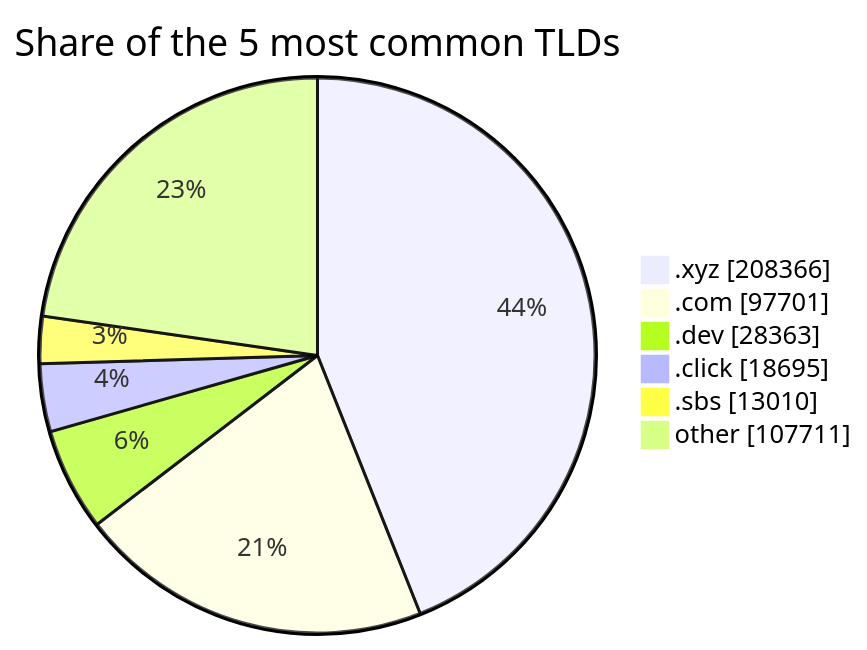
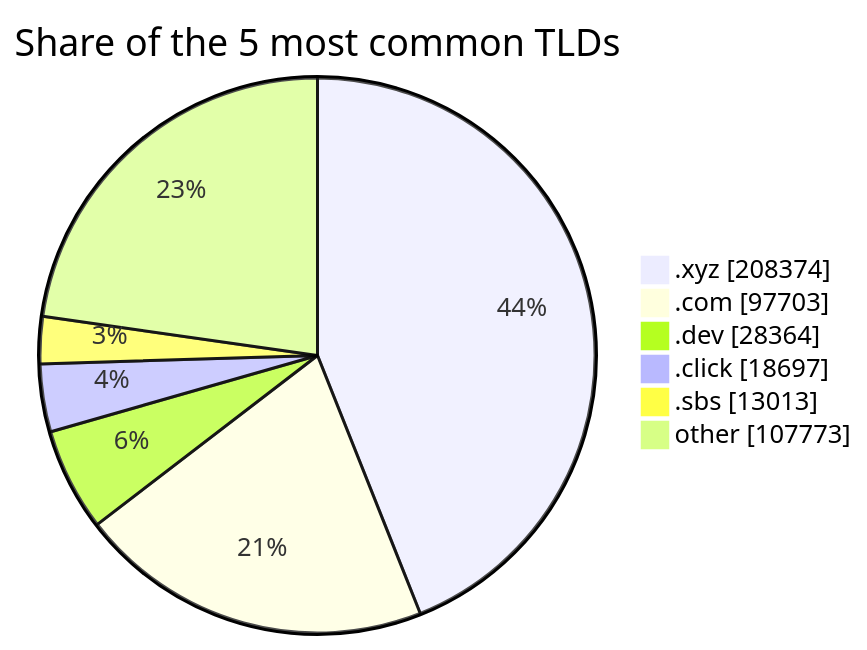
Before and after one commit to DNSBunker/CTI: the second of 2 diagrams in README.md, drawn with Mermaid. The commit also changed other lines of this file and 3 other files, not shown here.

````diff
--- a/README.md
+++ b/README.md
@@ -72,9 +72,9 @@
 ```mermaid
 pie showData title Share of the 5 most common TLDs
-    ".xyz" : 208366
-    ".com" : 97701
-    ".dev" : 28363
-    ".click" : 18695
-    ".sbs" : 13010
-    "other" : 107711
+    ".xyz" : 208374
+    ".com" : 97703
+    ".dev" : 28364
+    ".click" : 18697
+    ".sbs" : 13013
+    "other" : 107773
 ```
````
